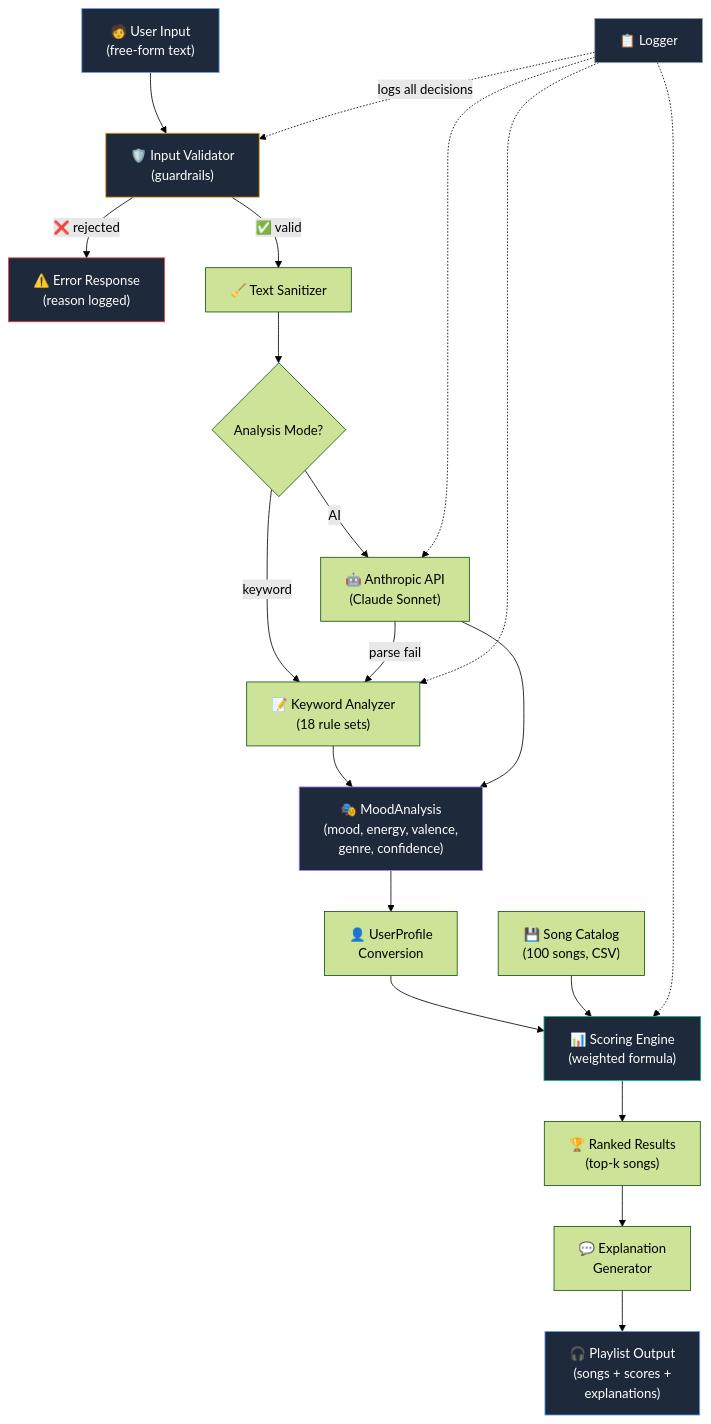
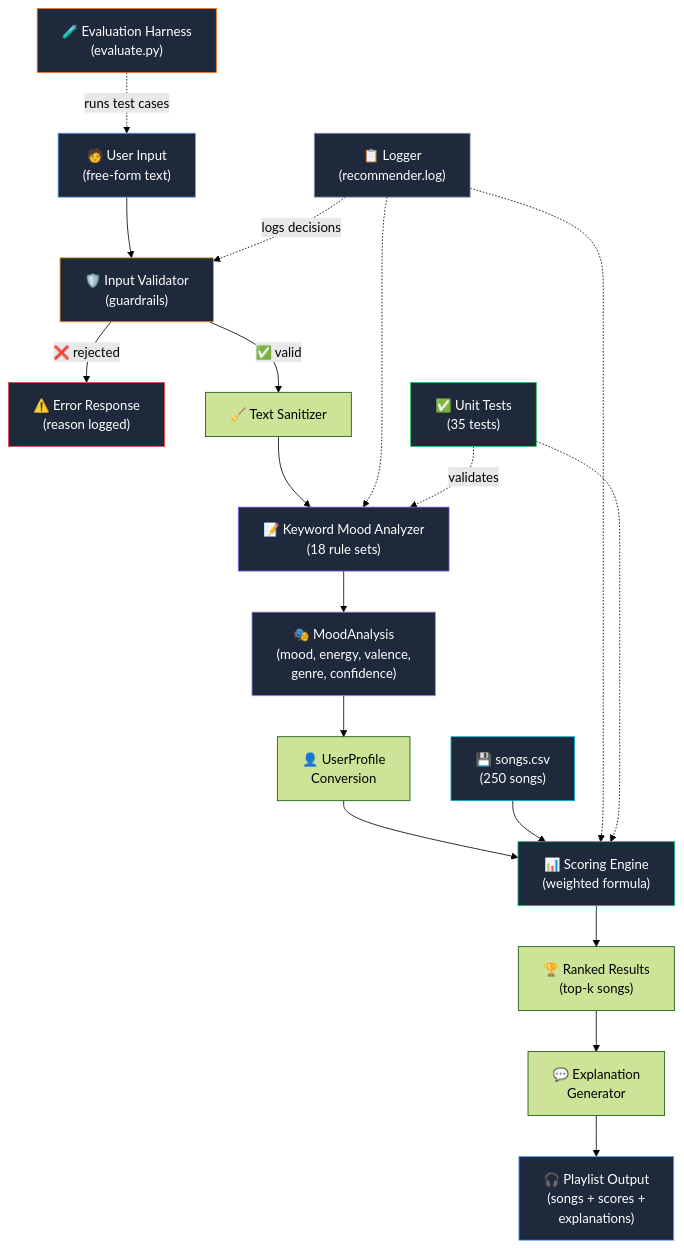
The diagram in assets/architecture-diagram.mmd (yinsont/aapplied_ai_system_project), drawn with Mermaid (forest theme) before and after one commit. The commit also changed 10 other files, not shown here.

```diff
--- a/assets/architecture-diagram.mmd
+++ b/assets/architecture-diagram.mmd
@@ -1,29 +1,32 @@
 graph TD
     A["🧑 User Input<br/>(free-form text)"] --> B["🛡️ Input Validator<br/>(guardrails)"]
     B -->|"❌ rejected"| R["⚠️ Error Response<br/>(reason logged)"]
     B -->|"✅ valid"| C["🧹 Text Sanitizer"]
-    C --> D{"Analysis Mode?"}
-    D -->|"keyword"| E["📝 Keyword Analyzer<br/>(18 rule sets)"]
-    D -->|"AI"| F["🤖 Anthropic API<br/>(Claude Sonnet)"]
-    F -->|"parse fail"| E
+    C --> E["📝 Keyword Mood Analyzer<br/>(18 rule sets)"]
     E --> G["🎭 MoodAnalysis<br/>(mood, energy, valence,<br/>genre, confidence)"]
-    F --> G
     G --> H["👤 UserProfile<br/>Conversion"]
     H --> I["📊 Scoring Engine<br/>(weighted formula)"]
-    J["💾 Song Catalog<br/>(100 songs, CSV)"] --> I
+    J["💾 songs.csv<br/>(250 songs)"] --> I
     I --> K["🏆 Ranked Results<br/>(top-k songs)"]
     K --> L["💬 Explanation<br/>Generator"]
     L --> M["🎧 Playlist Output<br/>(songs + scores +<br/>explanations)"]
 
-    N["📋 Logger"] -.->|"logs all decisions"| B
+    N["📋 Logger<br/>(recommender.log)"] -.->|"logs decisions"| B
     N -.-> E
-    N -.-> F
     N -.-> I
+
+    O["🧪 Evaluation Harness<br/>(evaluate.py)"] -.->|"runs test cases"| A
+    P["✅ Unit Tests<br/>(35 tests)"] -.->|"validates"| E
+    P -.-> I
 
     style A fill:#1e293b,stroke:#60a5fa,color:#fff
     style B fill:#1e293b,stroke:#f59e0b,color:#fff
     style R fill:#1e293b,stroke:#ef4444,color:#fff
+    style E fill:#1e293b,stroke:#8b5cf6,color:#fff
     style G fill:#1e293b,stroke:#a78bfa,color:#fff
     style I fill:#1e293b,stroke:#10b981,color:#fff
+    style J fill:#1e293b,stroke:#06b6d4,color:#fff
     style M fill:#1e293b,stroke:#60a5fa,color:#fff
     style N fill:#1e293b,stroke:#94a3b8,color:#fff
+    style O fill:#1e293b,stroke:#f97316,color:#fff
+    style P fill:#1e293b,stroke:#22c55e,color:#fff
```
